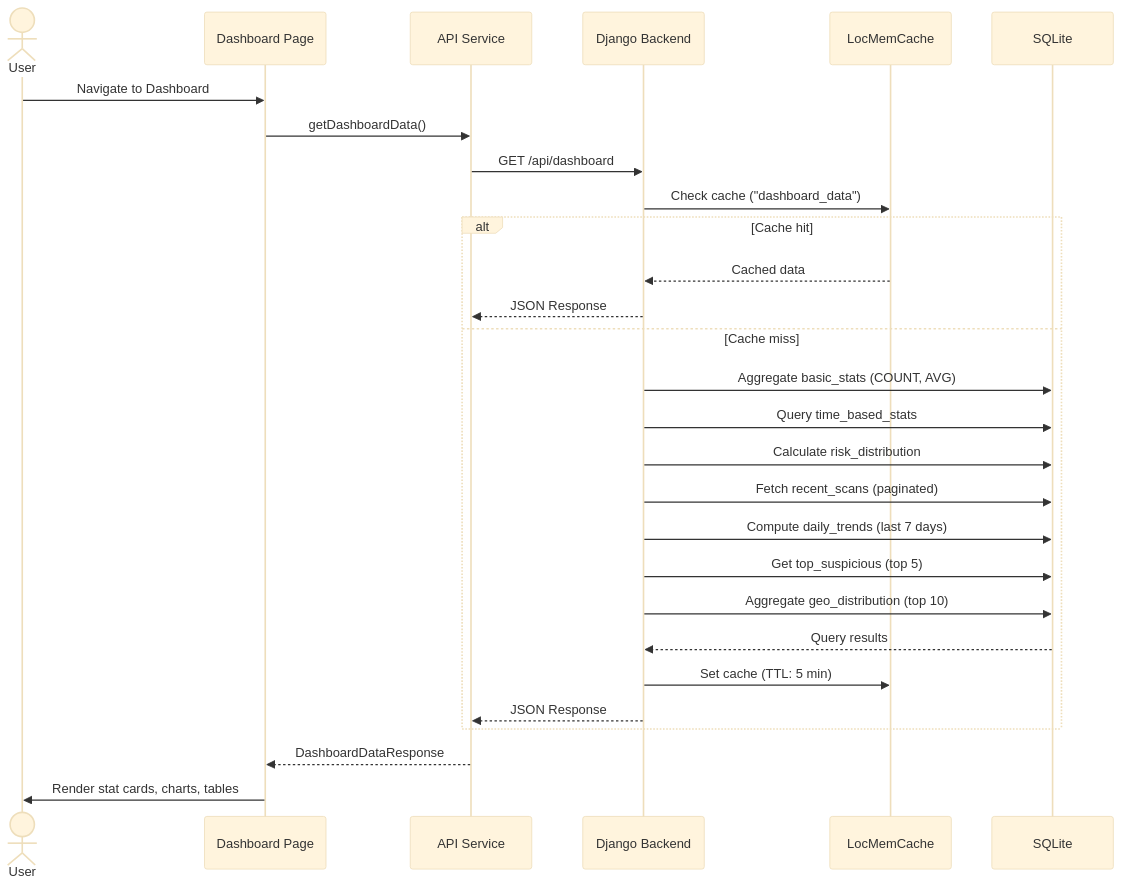
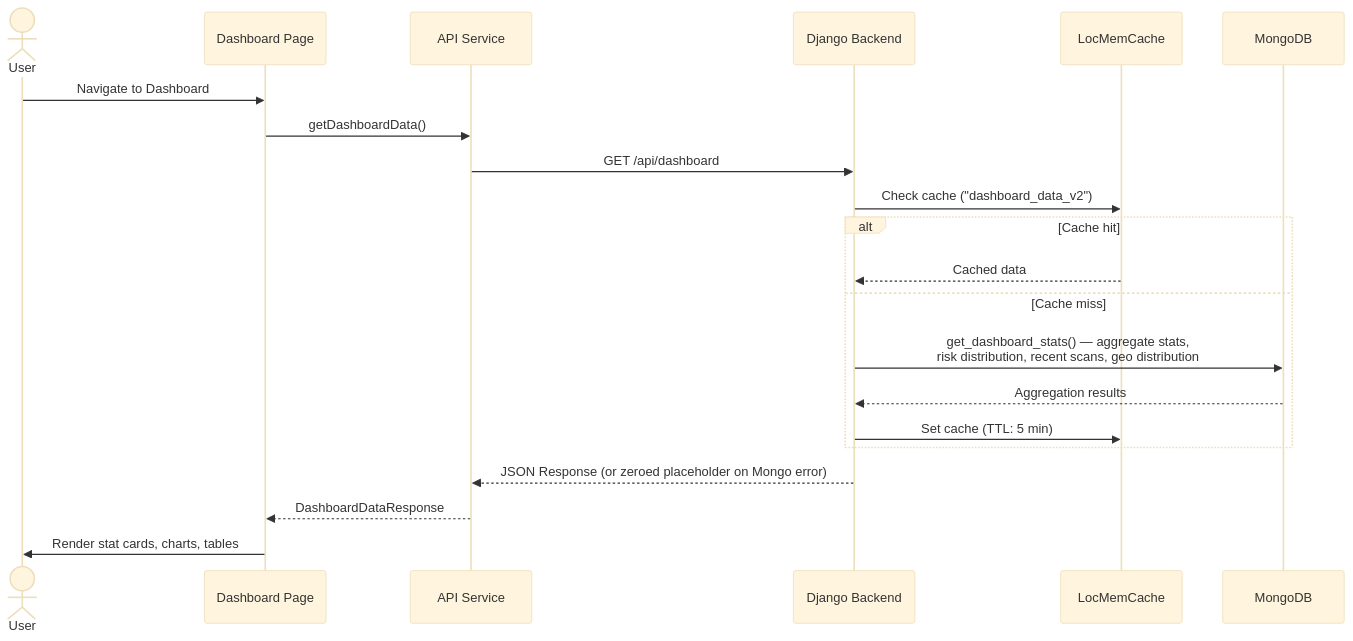
Before and after one commit to Atharva-Dhavale/TraceHost: the third of 3 diagrams in DOCUMENTATION.md, drawn with Mermaid (base theme). The commit also changed other lines of this file and 1 other file, not shown here.

````diff
--- a/DOCUMENTATION.md
+++ b/DOCUMENTATION.md
@@ -637,33 +541,25 @@
 ```mermaid
 sequenceDiagram
     actor User
     participant UI as Dashboard Page
     participant API as API Service
     participant Django as Django Backend
     participant Cache as LocMemCache
-    participant DB as SQLite
+    participant Mongo as MongoDB
 
     User->>UI: Navigate to Dashboard
     UI->>API: getDashboardData()
     API->>Django: GET /api/dashboard
 
-    Django->>Cache: Check cache ("dashboard_data")
+    Django->>Cache: Check cache ("dashboard_data_v2")
     alt Cache hit
         Cache-->>Django: Cached data
-        Django-->>API: JSON Response
     else Cache miss
-        Django->>DB: Aggregate basic_stats (COUNT, AVG)
-        Django->>DB: Query time_based_stats
-        Django->>DB: Calculate risk_distribution
-        Django->>DB: Fetch recent_scans (paginated)
-        Django->>DB: Compute daily_trends (last 7 days)
-        Django->>DB: Get top_suspicious (top 5)
-        Django->>DB: Aggregate geo_distribution (top 10)
-        DB-->>Django: Query results
+        Django->>Mongo: get_dashboard_stats() — aggregate stats,<br/>risk distribution, recent scans, geo distribution
+        Mongo-->>Django: Aggregation results
         Django->>Cache: Set cache (TTL: 5 min)
-        Django-->>API: JSON Response
     end
-
+    Django-->>API: JSON Response (or zeroed placeholder on Mongo error)
     API-->>UI: DashboardDataResponse
     UI->>User: Render stat cards, charts, tables
 ```
````
